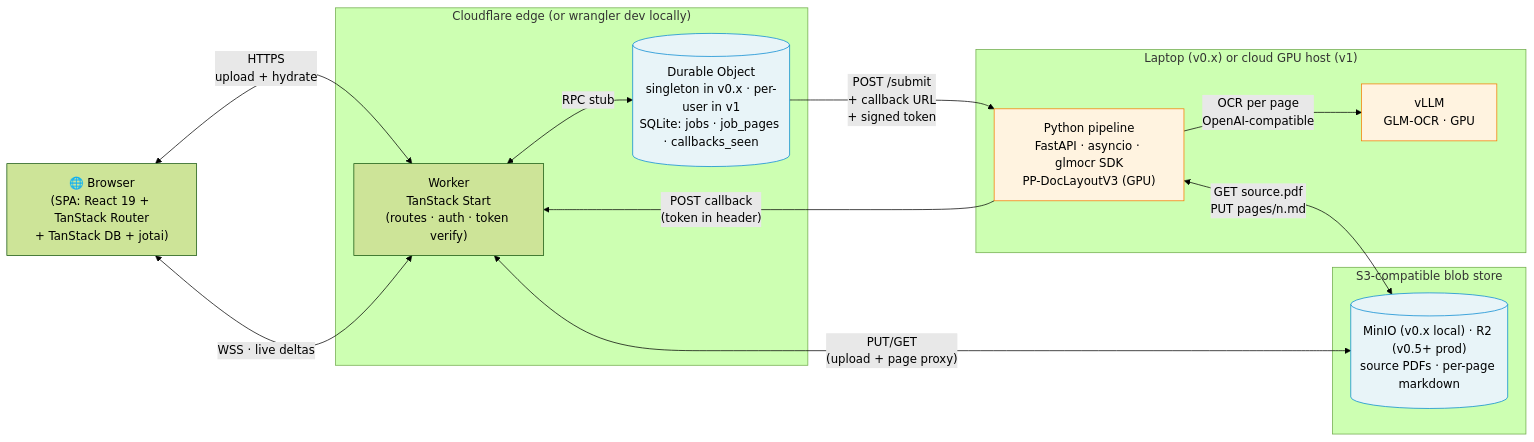
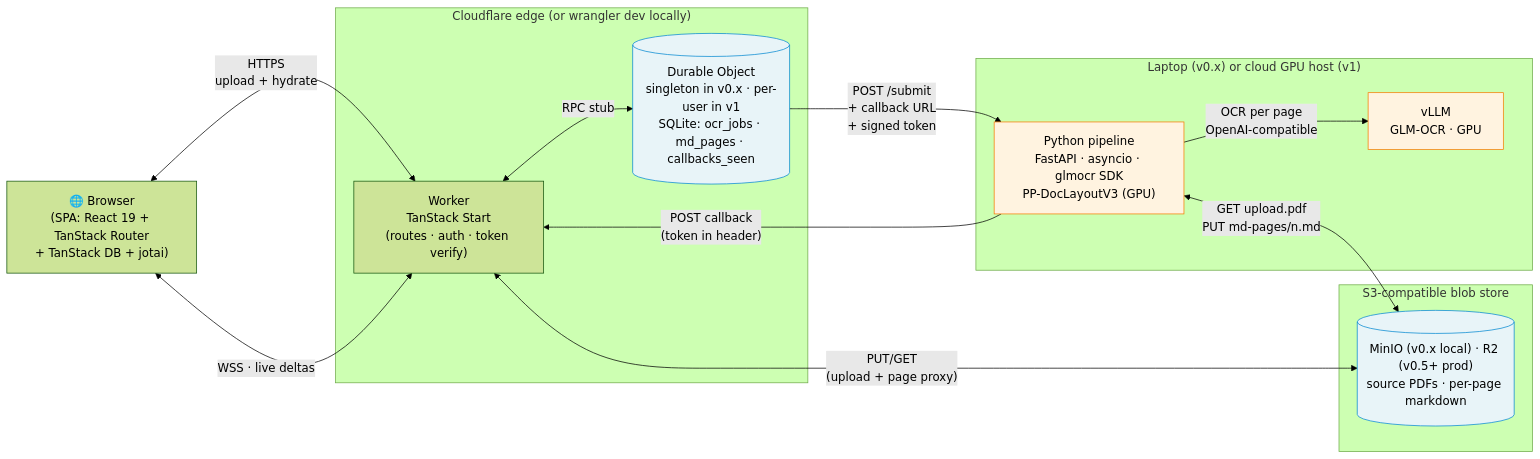
Before and after one commit to zyplux/zyp-ocr: the diagram in plan/totvibe-ocr.md, drawn with Mermaid (forest theme). The commit also changed other lines of this file and 25 other files, not shown here.

````diff
--- a/plan/totvibe-ocr.md
+++ b/plan/totvibe-ocr.md
@@ -118,34 +118,34 @@
 ```mermaid
 flowchart LR
     Browser["🌐 Browser<br/>(SPA: React 19 + TanStack Router<br/>+ TanStack DB + jotai)"]
 
     subgraph Edge["Cloudflare edge (or wrangler dev locally)"]
         W["Worker<br/>TanStack Start<br/>(routes · auth · token verify)"]
-        DO[("Durable Object<br/>singleton in v0.x · per-user in v1<br/>SQLite: jobs · job_pages · callbacks_seen")]
+        DO[("Durable Object<br/>singleton in v0.x · per-user in v1<br/>SQLite: ocr_jobs · md_pages · callbacks_seen")]
     end
 
     subgraph Blob["S3-compatible blob store"]
         S3[("MinIO (v0.x local) · R2 (v0.5+ prod)<br/>source PDFs · per-page markdown")]
     end
 
     subgraph Local["Laptop (v0.x) or cloud GPU host (v1)"]
         Pipe["Python pipeline<br/>FastAPI · asyncio · glmocr SDK<br/>PP-DocLayoutV3 (GPU)"]
         VLLM["vLLM<br/>GLM-OCR · GPU"]
     end
 
     Browser <-->|"HTTPS<br/>upload + hydrate"| W
     Browser <-->|"WSS · live deltas"| W
     W <-->|"RPC stub"| DO
     W <-->|"PUT/GET<br/>(upload + page proxy)"| S3
 
     DO -->|"POST /submit<br/>+ callback URL<br/>+ signed token"| Pipe
     Pipe -->|"POST callback<br/>(token in header)"| W
-    Pipe <-->|"GET source.pdf<br/>PUT pages/n.md"| S3
+    Pipe <-->|"GET upload.pdf<br/>PUT md-pages/n.md"| S3
     Pipe -->|"OCR per page<br/>OpenAI-compatible"| VLLM
 
     classDef storage fill:#e8f4f8,stroke:#0288d1,color:#000
     classDef gpu fill:#fff3e0,stroke:#f57c00,color:#000
     class S3 storage
     class DO storage
     class VLLM,Pipe gpu
 ```
````
